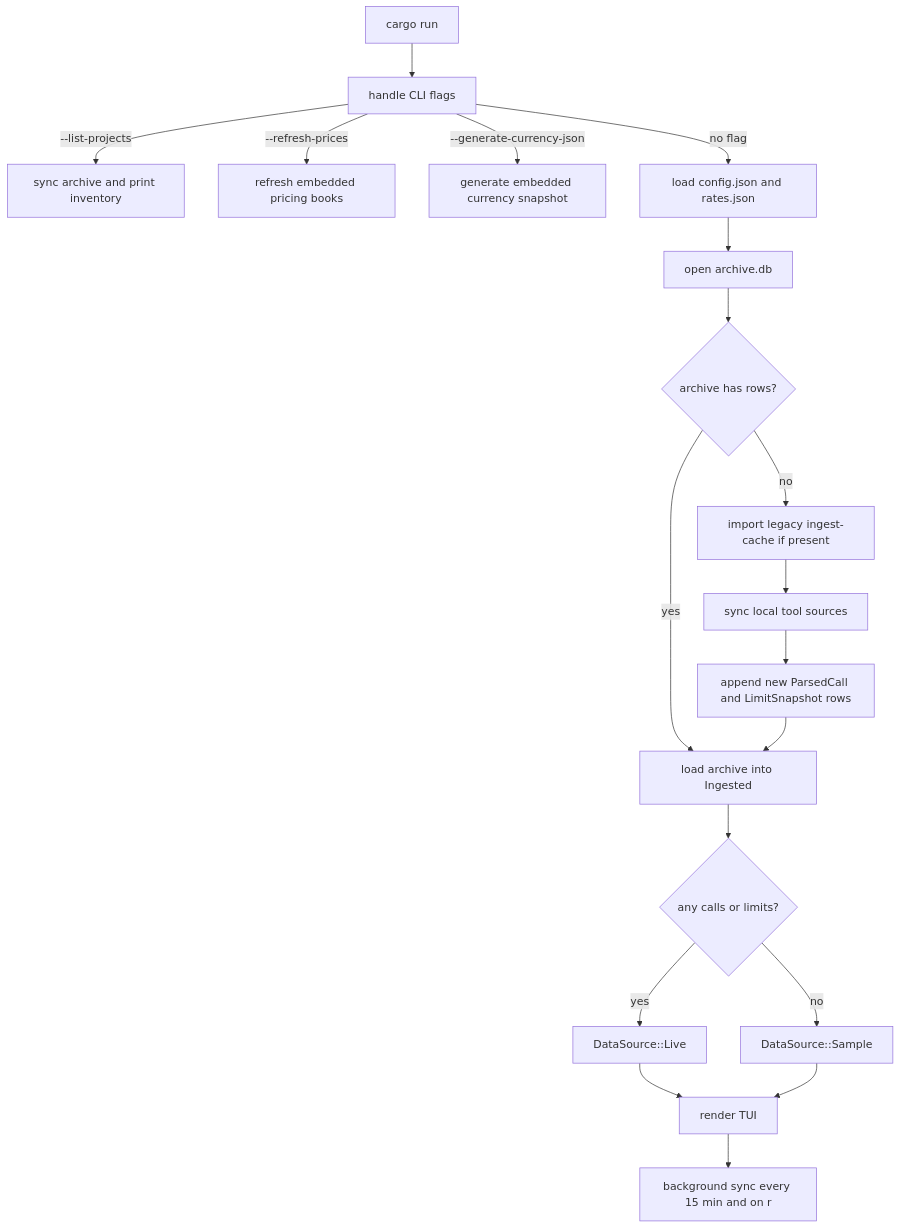
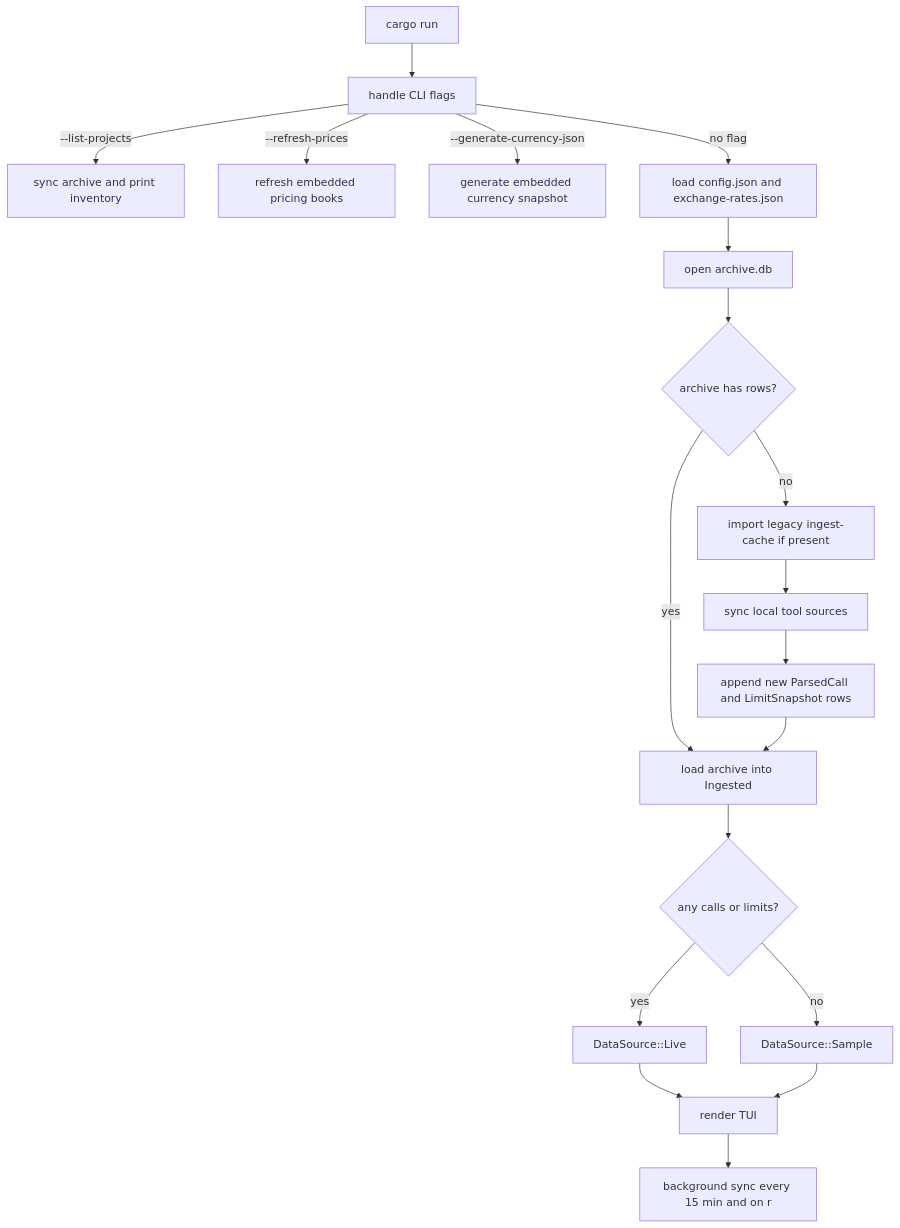
Before and after one commit to russmckendrick/tokenuse: the first of 4 diagrams in docs/development/architecture.md, drawn with Mermaid. The commit also changed other lines of this file and 23 other files, not shown here.

````diff
--- a/docs/development/architecture.md
+++ b/docs/development/architecture.md
@@ -7,21 +7,21 @@
 ```mermaid
 flowchart TD
     A[cargo run] --> B[handle CLI flags]
     B -->|--list-projects| C[sync archive and print inventory]
     B -->|--refresh-prices| D[refresh embedded pricing books]
     B -->|--generate-currency-json| L[generate embedded currency snapshot]
-    B -->|no flag| M[load config.json and rates.json]
+    B -->|no flag| M[load config.json and exchange-rates.json]
     M --> N[open archive.db]
     N --> O{archive has rows?}
     O -->|yes| P[load archive into Ingested]
     O -->|no| Q[import legacy ingest-cache if present]
     Q --> R[sync local tool sources]
     R --> S[append new ParsedCall and LimitSnapshot rows]
     S --> P
     P --> H{any calls or limits?}
     H -->|yes| I[DataSource::Live]
     H -->|no| J[DataSource::Sample]
     I --> K[render TUI]
     J --> K
     K --> T[background sync every 15 min and on r]
 ```
````
